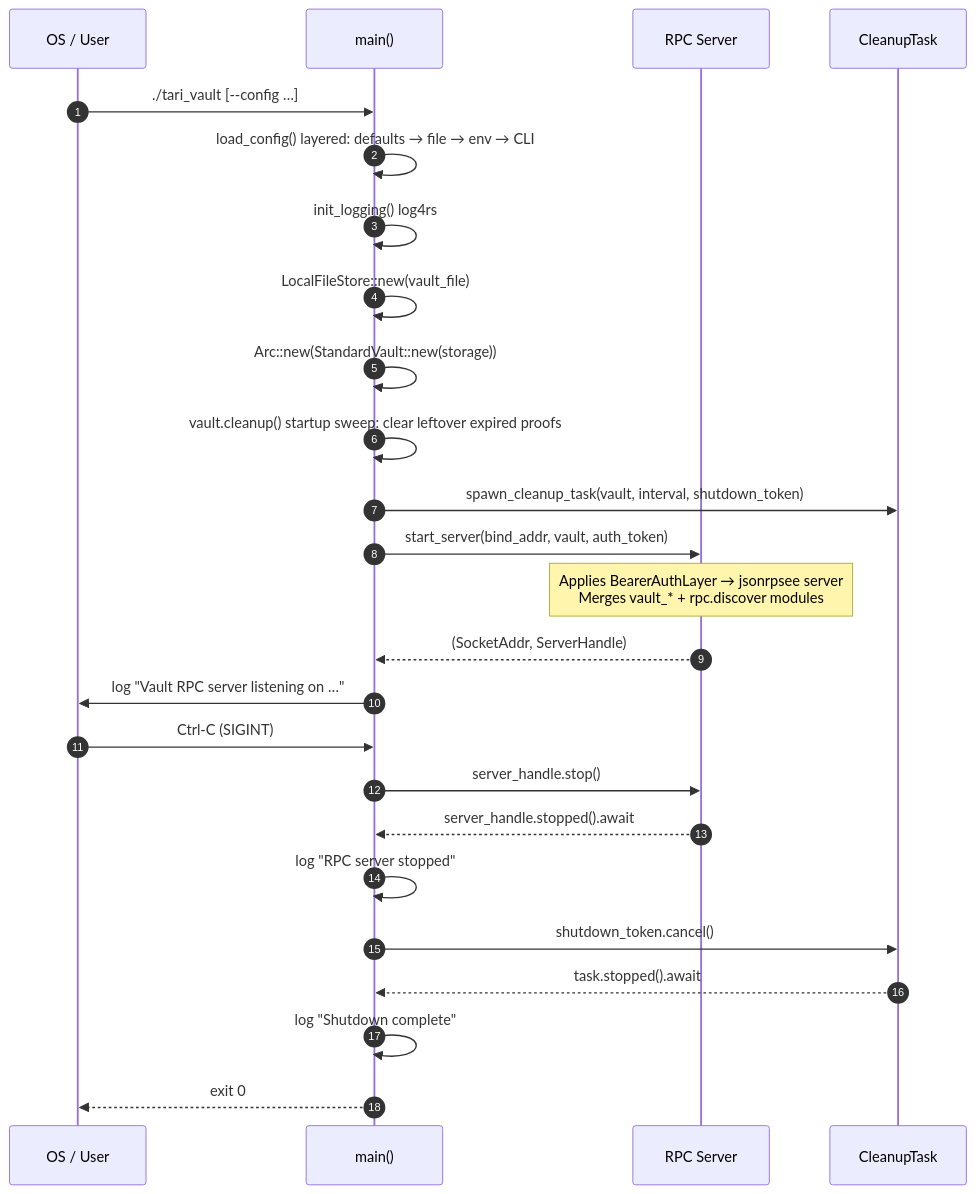
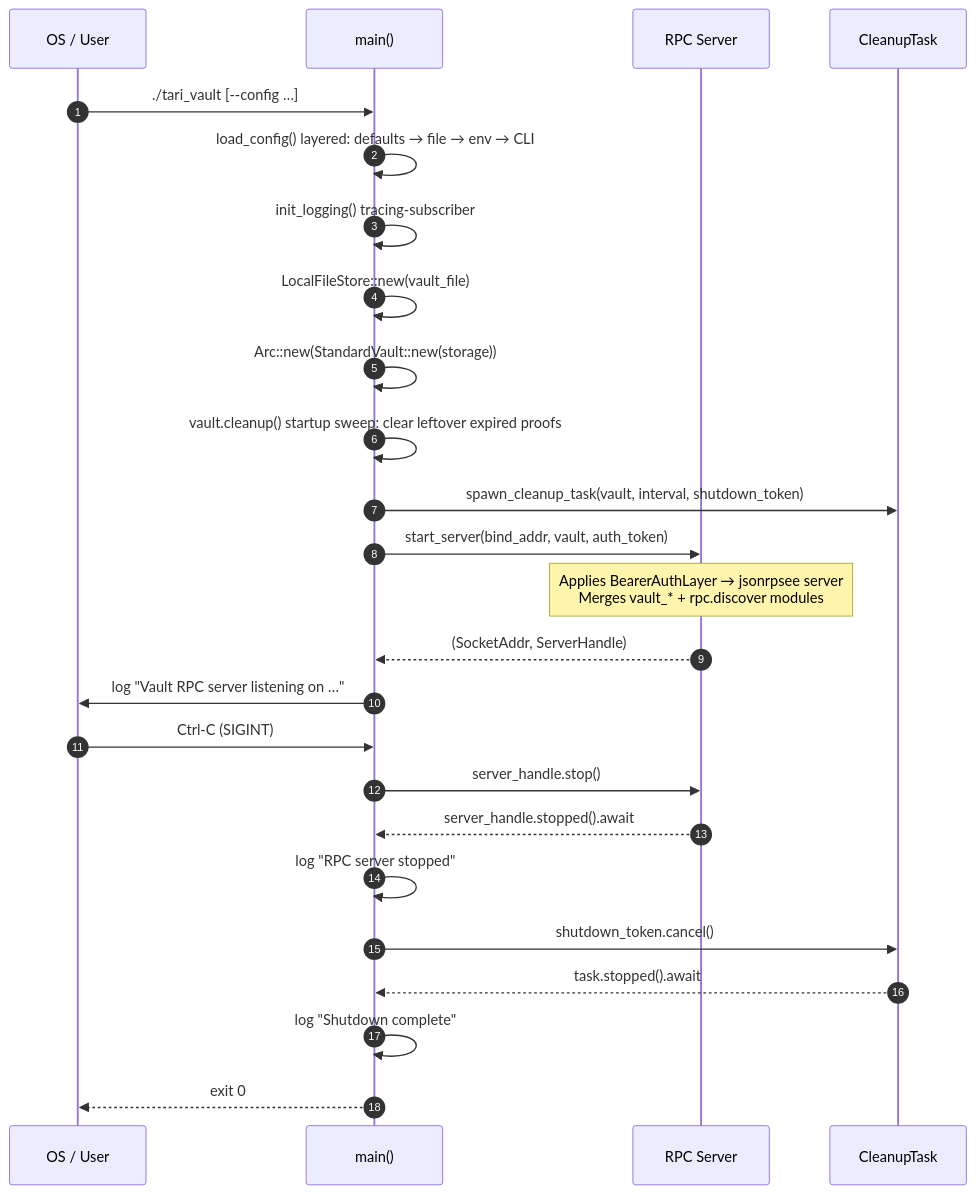
One commit to tari-project/tari_vault changed the fifth of 5 diagrams in docs/architecture/data-flows.md. Above: the diagram before and after it, drawn with Mermaid. The commit also changed other lines of this file and 21 other files, not shown here.

````diff
--- a/docs/architecture/data-flows.md
+++ b/docs/architecture/data-flows.md
@@ -173,29 +173,29 @@
 ```mermaid
 sequenceDiagram
     autonumber
     participant OS as OS / User
     participant M as main()
     participant S as RPC Server
     participant CT as CleanupTask
 
     OS->>M: ./tari_vault [--config …]
     M->>M: load_config()  layered: defaults → file → env → CLI
-    M->>M: init_logging() log4rs
+    M->>M: init_logging() tracing-subscriber
     M->>M: LocalFileStore::new(vault_file)
     M->>M: Arc::new(StandardVault::new(storage))
     M->>M: vault.cleanup()  startup sweep: clear leftover expired proofs
     M->>CT: spawn_cleanup_task(vault, interval, shutdown_token)
     M->>S: start_server(bind_addr, vault, auth_token)
     Note over S: Applies BearerAuthLayer → jsonrpsee server<br/>Merges vault_* + rpc.discover modules
     S-->>M: (SocketAddr, ServerHandle)
     M->>OS: log "Vault RPC server listening on …"
 
     OS->>M: Ctrl-C (SIGINT)
     M->>S: server_handle.stop()
     S-->>M: server_handle.stopped().await
     M->>M: log "RPC server stopped"
     M->>CT: shutdown_token.cancel()
     CT-->>M: task.stopped().await
     M->>M: log "Shutdown complete"
     M-->>OS: exit 0
 ```
````
